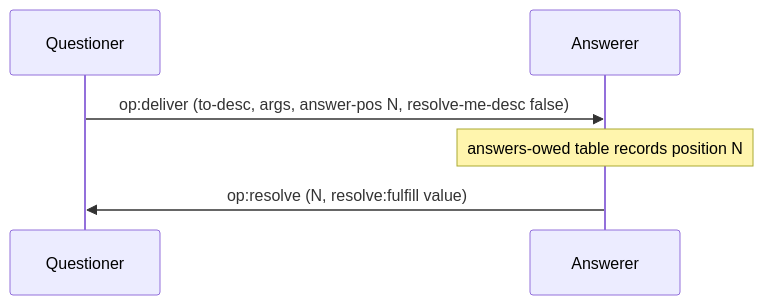
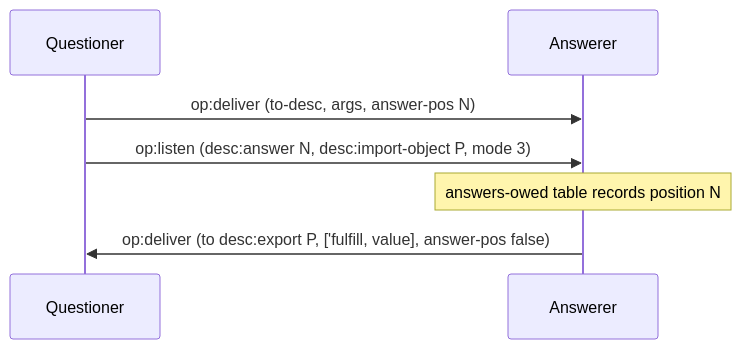
The first of 7 diagrams in docs/protocol-diagrams/02-deliver-and-resolve.md (glowcap-org/glowcap), drawn with Mermaid before and after one commit. The commit also changed other lines of this file and 920 other files, not shown here.

````diff
--- a/docs/protocol-diagrams/02-deliver-and-resolve.md
+++ b/docs/protocol-diagrams/02-deliver-and-resolve.md
@@ -20,8 +16,9 @@
 ```mermaid
 sequenceDiagram
     participant Q as Questioner
     participant R as Answerer
-    Q->>R: op:deliver (to-desc, args, answer-pos N, resolve-me-desc false)
+    Q->>R: op:deliver (to-desc, args, answer-pos N)
+    Q->>R: op:listen (desc:answer N, desc:import-object P, mode 3)
     Note over R: answers-owed table records position N
-    R->>Q: op:resolve (N, resolve:fulfill value)
+    R->>Q: op:deliver (to desc:export P, ['fulfill, value], answer-pos false)
 ```
````
